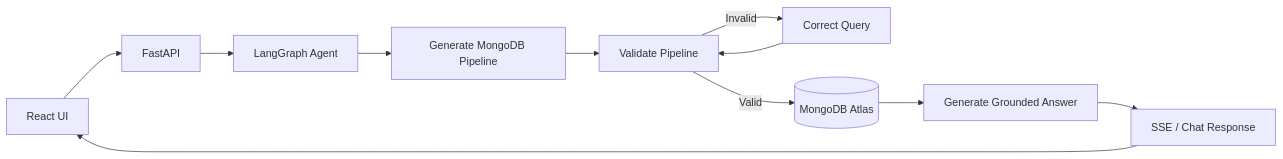
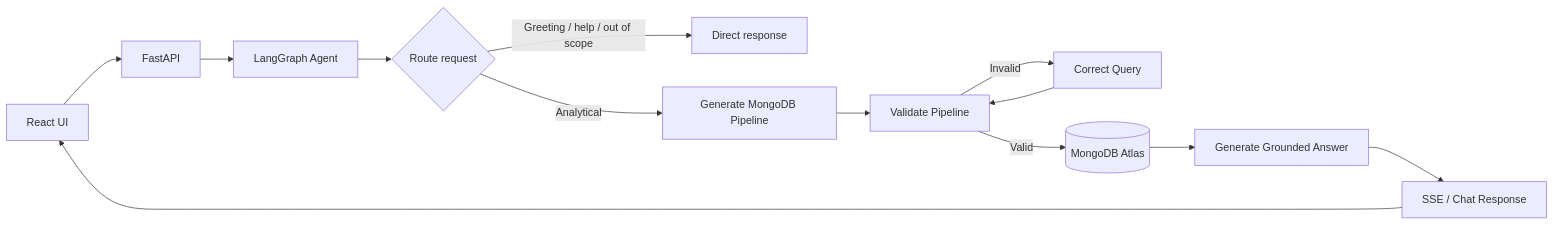
The diagram in README.md (abdalrahmanalmahrouq/procurement-ai-assistant), drawn with Mermaid before and after one commit. The commit also changed other lines of this file and 10 other files, not shown here.

````diff
--- a/README.md
+++ b/README.md
@@ -41,13 +42,15 @@
 ```mermaid
 flowchart LR
     U[React UI] --> API[FastAPI]
     API --> G[LangGraph Agent]
-    G --> Q[Generate MongoDB Pipeline]
+    G --> R{Route request}
+    R -->|Greeting / help / out of scope| D[Direct response]
+    R -->|Analytical| Q[Generate MongoDB Pipeline]
     Q --> V[Validate Pipeline]
     V -->|Invalid| C[Correct Query]
     C --> V
     V -->|Valid| M[(MongoDB Atlas)]
     M --> A[Generate Grounded Answer]
     A --> S[SSE / Chat Response]
     S --> U
 ```
````
